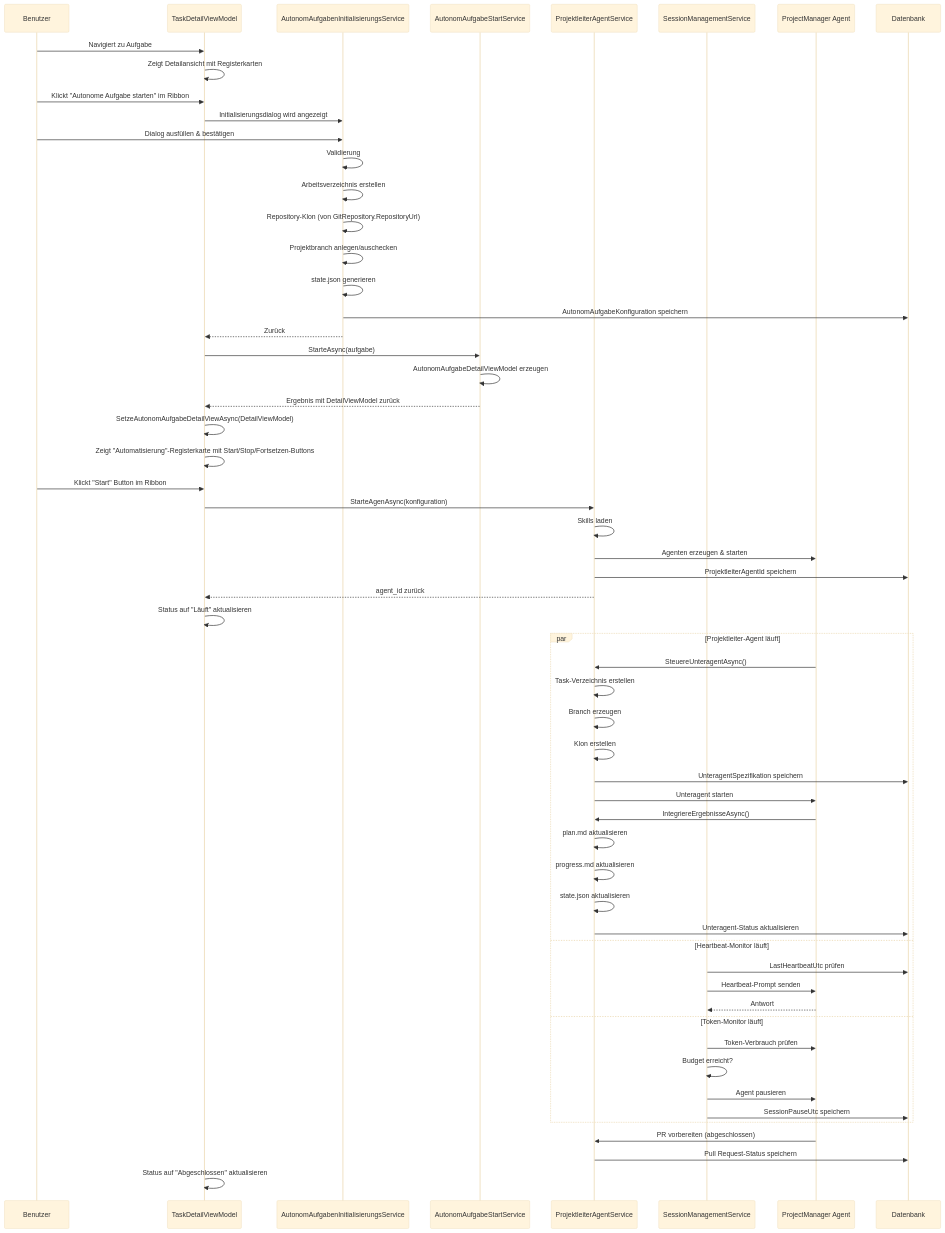
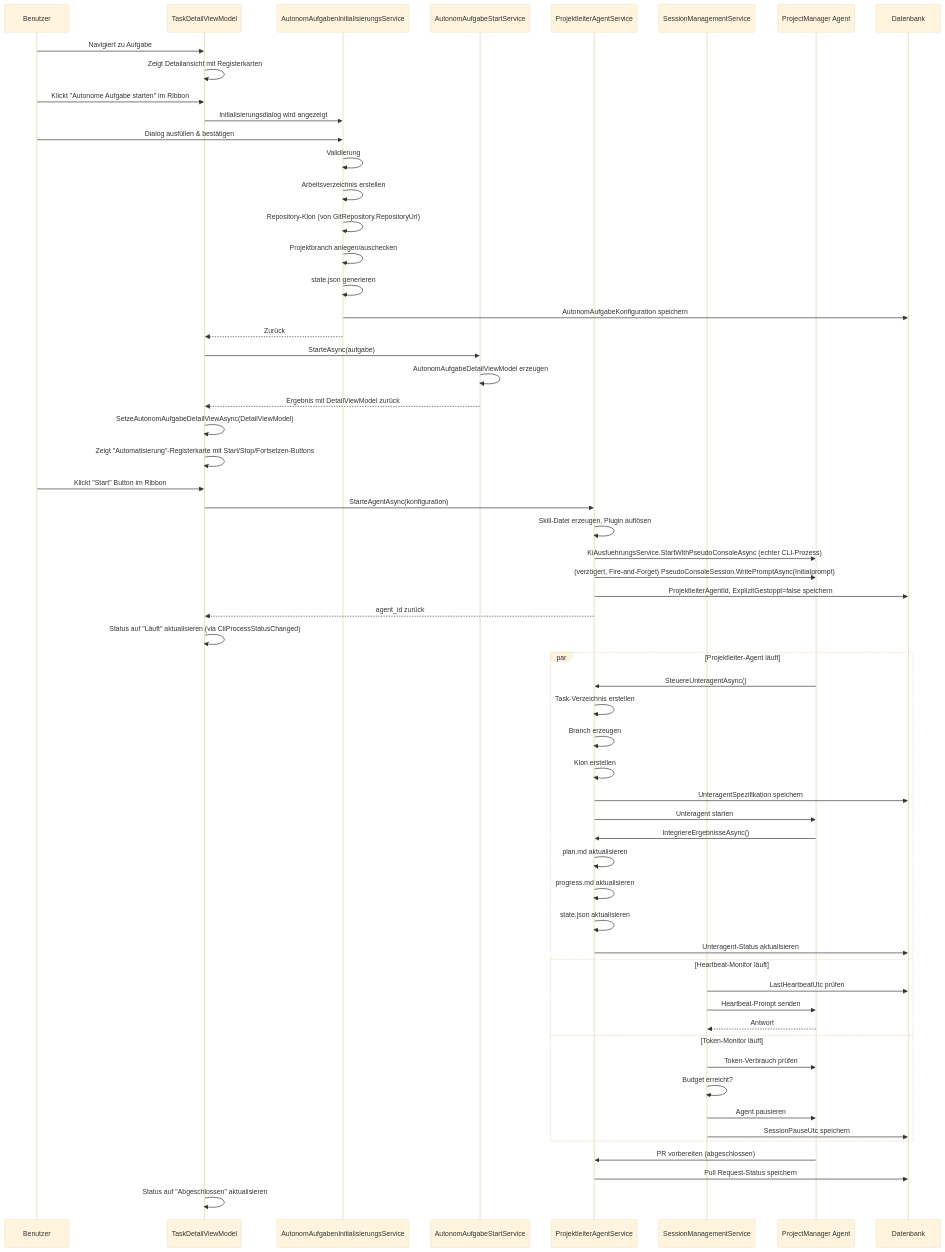
Before and after one commit to martin-stromberg/Softwareschmiede: the diagram in docs/help/aufgaben/autonome-aufgaben/ablauf-technisch.md, drawn with Mermaid (base theme). The commit also changed other lines of this file and 30 other files, not shown here.

````diff
--- a/docs/help/aufgaben/autonome-aufgaben/ablauf-technisch.md
+++ b/docs/help/aufgaben/autonome-aufgaben/ablauf-technisch.md
@@ -492,67 +520,68 @@
 ```mermaid
 sequenceDiagram
     participant Benutzer
     participant UI as TaskDetailViewModel
     participant Init as AutonomAufgabenInitialisierungsService
     participant Start as AutonomAufgabeStartService
     participant Proj as ProjektleiterAgentService
     participant Session as SessionManagementService
     participant Agent as ProjectManager Agent
     participant DB as Datenbank
 
     Benutzer->>UI: Navigiert zu Aufgabe
     UI->>UI: Zeigt Detailansicht mit Registerkarten
 
     Benutzer->>UI: Klickt "Autonome Aufgabe starten" im Ribbon
     UI->>Init: Initialisierungsdialog wird angezeigt
     Benutzer->>Init: Dialog ausfüllen & bestätigen
     Init->>Init: Validierung
     Init->>Init: Arbeitsverzeichnis erstellen
     Init->>Init: Repository-Klon (von GitRepository.RepositoryUrl)
     Init->>Init: Projektbranch anlegen/auschecken
     Init->>Init: state.json generieren
     Init->>DB: AutonomAufgabeKonfiguration speichern
     Init-->>UI: Zurück
 
     UI->>Start: StarteAsync(aufgabe)
     Start->>Start: AutonomAufgabeDetailViewModel erzeugen
     Start-->>UI: Ergebnis mit DetailViewModel zurück
     UI->>UI: SetzeAutonomAufgabeDetailViewAsync(DetailViewModel)
     UI->>UI: Zeigt "Automatisierung"-Registerkarte mit Start/Stop/Fortsetzen-Buttons
 
     Benutzer->>UI: Klickt "Start" Button im Ribbon
-    UI->>Proj: StarteAgenAsync(konfiguration)
-    Proj->>Proj: Skills laden
-    Proj->>Agent: Agenten erzeugen & starten
-    Proj->>DB: ProjektleiterAgentId speichern
+    UI->>Proj: StarteAgentAsync(konfiguration)
+    Proj->>Proj: Skill-Datei erzeugen, Plugin auflösen
+    Proj->>Agent: KiAusfuehrungsService.StartWithPseudoConsoleAsync (echter CLI-Prozess)
+    Proj->>Agent: (verzögert, Fire-and-Forget) PseudoConsoleSession.WritePromptAsync(Initialprompt)
+    Proj->>DB: ProjektleiterAgentId, ExplizitGestoppt=false speichern
     Proj-->>UI: agent_id zurück
-    UI->>UI: Status auf "Läuft" aktualisieren
+    UI->>UI: Status auf "Läuft" aktualisieren (via CliProcessStatusChanged)
 
     par Projektleiter-Agent läuft
         Agent->>Proj: SteuereUnteragentAsync()
         Proj->>Proj: Task-Verzeichnis erstellen
         Proj->>Proj: Branch erzeugen
         Proj->>Proj: Klon erstellen
         Proj->>DB: UnteragentSpezifikation speichern
         Proj->>Agent: Unteragent starten
         
         Agent->>Proj: IntegriereErgebnisseAsync()
         Proj->>Proj: plan.md aktualisieren
         Proj->>Proj: progress.md aktualisieren
         Proj->>Proj: state.json aktualisieren
         Proj->>DB: Unteragent-Status aktualisieren
     and Heartbeat-Monitor läuft
         Session->>DB: LastHeartbeatUtc prüfen
         Session->>Agent: Heartbeat-Prompt senden
         Agent-->>Session: Antwort
     and Token-Monitor läuft
         Session->>Agent: Token-Verbrauch prüfen
         Session->>Session: Budget erreicht?
         Session->>Agent: Agent pausieren
         Session->>DB: SessionPauseUtc speichern
     end
 
     Agent->>Proj: PR vorbereiten (abgeschlossen)
     Proj->>DB: Pull Request-Status speichern
     UI->>UI: Status auf "Abgeschlossen" aktualisieren
 ```
````
